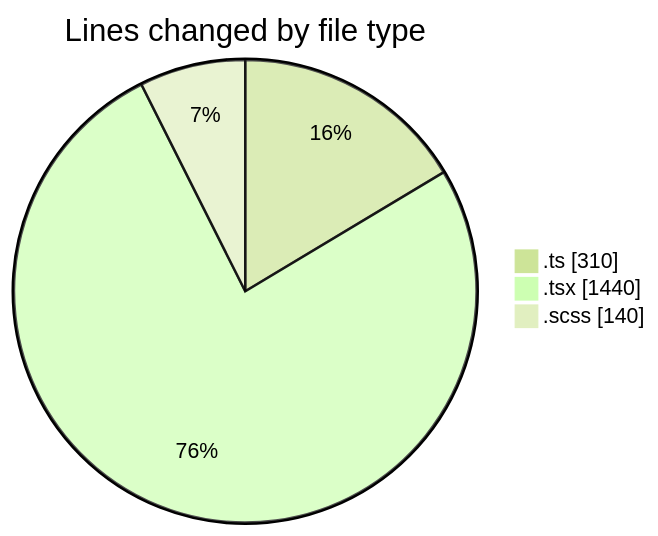
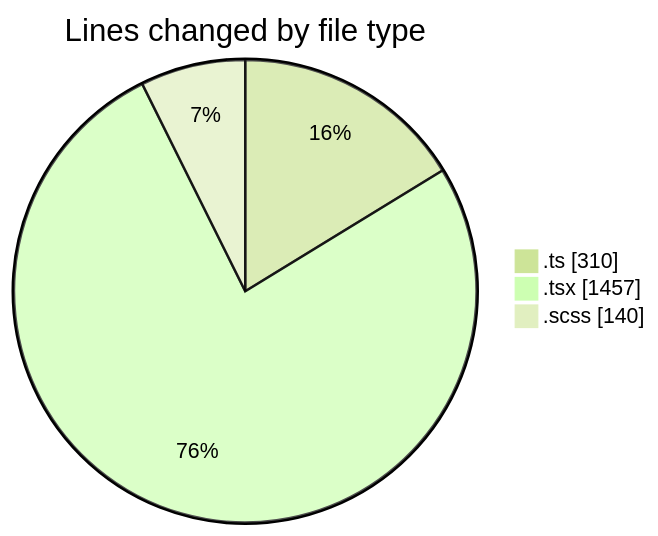
Before and after one commit to momahboobian/code-tracking: the first of 2 diagrams in 2026-09-09/cda/README.md, drawn with Mermaid (forest theme). The commit also changed other lines of this file and 1 other file, not shown here.

````diff
--- a/2026-09-09/cda/README.md
+++ b/2026-09-09/cda/README.md
@@ -37,7 +37,7 @@
 ```mermaid
 pie showData
 title Lines changed by file type
 ".ts" : 310
-".tsx" : 1440
+".tsx" : 1457
 ".scss" : 140
 ```
````
